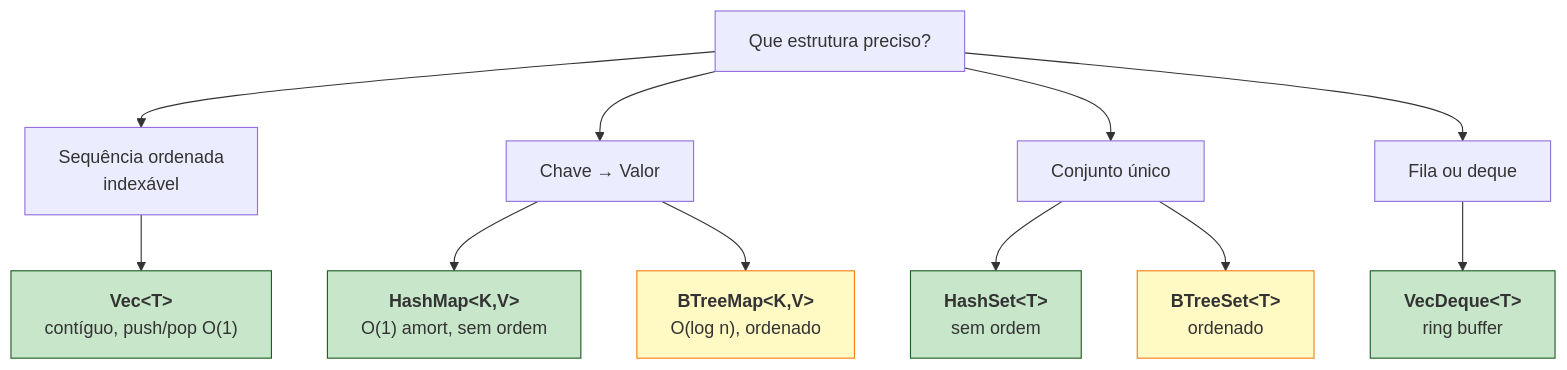
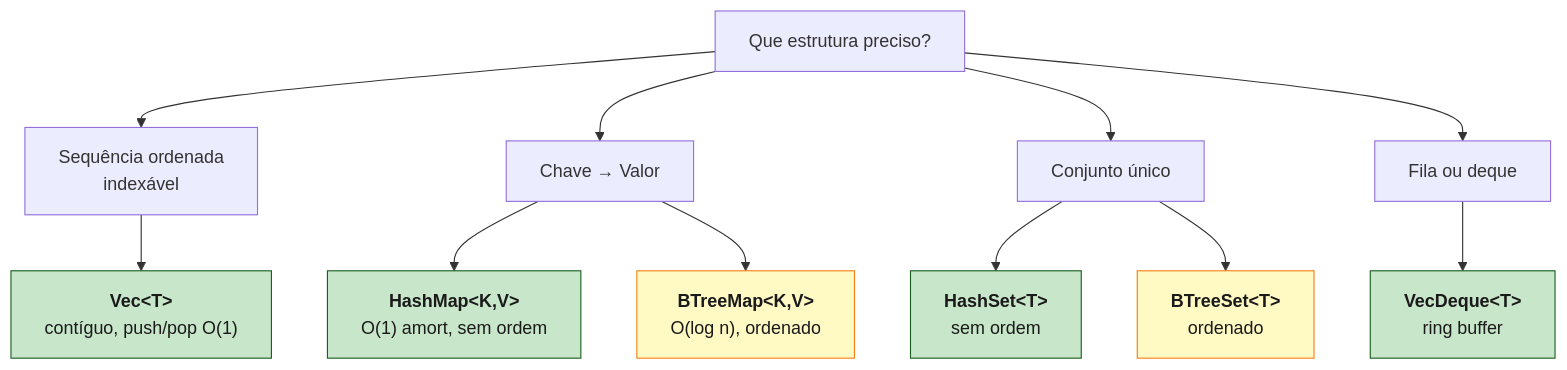
One commit to Felipeness/ferro-e-espirito changed the second of 2 diagrams in book/part-07-collections-and-errors/ch20-colecoes.md. Above: the diagram before and after it, drawn with Mermaid. The commit also changed other lines of this file and 56 other files, not shown here.

First line of the commit message:
fix: contraste de texto em diagramas mermaid

````diff
--- a/book/part-07-collections-and-errors/ch20-colecoes.md
+++ b/book/part-07-collections-and-errors/ch20-colecoes.md
@@ -386,23 +386,23 @@
 ```mermaid
 graph TB
     Q["Que estrutura preciso?"]
 
     Q --> Seq["Sequência ordenada<br/>indexável"]
     Q --> KV["Chave → Valor"]
     Q --> Set["Conjunto único"]
     Q --> Fila["Fila ou deque"]
 
     Seq --> Vec["<b>Vec&lt;T&gt;</b><br/>contíguo, push/pop O(1)"]
     KV --> HM["<b>HashMap&lt;K,V&gt;</b><br/>O(1) amort, sem ordem"]
     KV --> BTM["<b>BTreeMap&lt;K,V&gt;</b><br/>O(log n), ordenado"]
     Set --> HS["<b>HashSet&lt;T&gt;</b><br/>sem ordem"]
     Set --> BTS["<b>BTreeSet&lt;T&gt;</b><br/>ordenado"]
     Fila --> VD["<b>VecDeque&lt;T&gt;</b><br/>ring buffer"]
 
-    style Vec fill:#c8e6c9,stroke:#1b5e20
-    style HM fill:#c8e6c9,stroke:#1b5e20
-    style BTM fill:#fff9c4,stroke:#f57f17
-    style HS fill:#c8e6c9,stroke:#1b5e20
-    style BTS fill:#fff9c4,stroke:#f57f17
-    style VD fill:#c8e6c9,stroke:#1b5e20
+    style Vec fill:#c8e6c9,stroke:#1b5e20,color:#1a1a1a
+    style HM fill:#c8e6c9,stroke:#1b5e20,color:#1a1a1a
+    style BTM fill:#fff9c4,stroke:#f57f17,color:#1a1a1a
+    style HS fill:#c8e6c9,stroke:#1b5e20,color:#1a1a1a
+    style BTS fill:#fff9c4,stroke:#f57f17,color:#1a1a1a
+    style VD fill:#c8e6c9,stroke:#1b5e20,color:#1a1a1a
 ```
````
